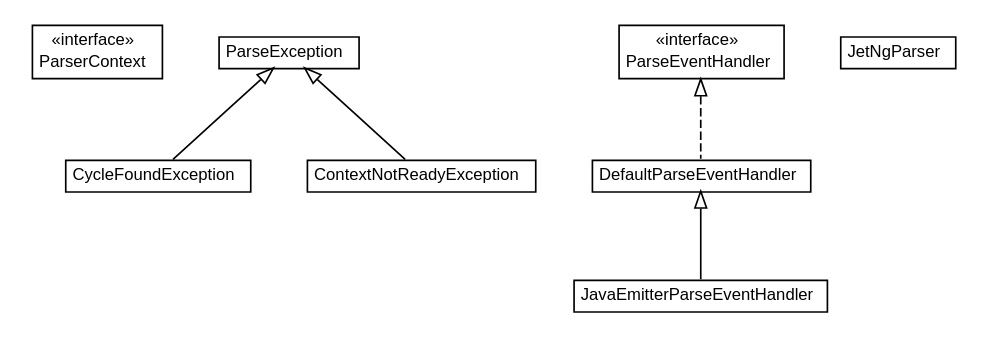
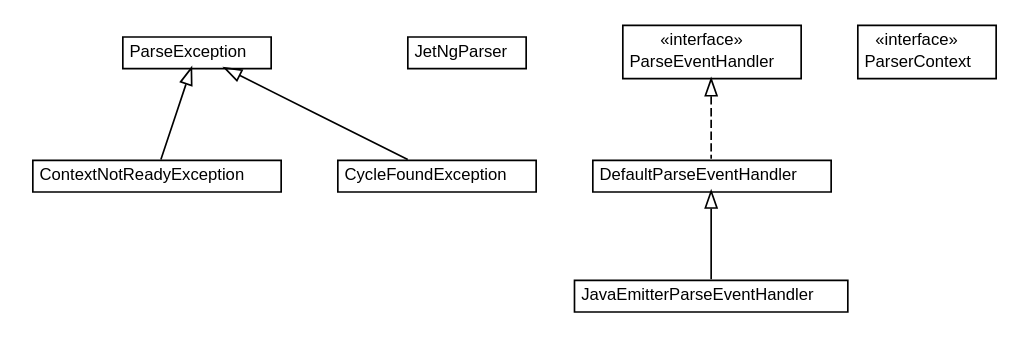
One commit to trajano/jetng changed the diagram in apidocs/net/trajano/jetng/net.trajano.jetng.dot. Above: the diagram before and after it, drawn with Graphviz. The commit also changed 229 other files, not shown here.

```diff
--- a/apidocs/net/trajano/jetng/net.trajano.jetng.dot
+++ b/apidocs/net/trajano/jetng/net.trajano.jetng.dot
@@ -1,70 +1,70 @@
 #!/usr/local/bin/dot
 #
 # Class diagram 
 # Generated by UMLGraph version R5_6-24-gf6e263 (http://www.umlgraph.org/)
 #
 
 digraph G {
-	edge [fontname="arial",fontsize=10,labelfontname="arial",labelfontsize=10];
-	node [fontname="arial",fontsize=10,shape=plaintext];
+	edge [fontname="Helvetica",fontsize=10,labelfontname="Helvetica",labelfontsize=10];
+	node [fontname="Helvetica",fontsize=10,shape=plaintext];
 	nodesep=0.25;
 	ranksep=0.5;
-	// net.trajano.jetng.ParserContext
-	c0 [label=<<table title="net.trajano.jetng.ParserContext" border="0" cellborder="1" cellspacing="0" cellpadding="2" port="p" href="./ParserContext.html">
+	// net.trajano.jetng.ContextNotReadyException
+	c0 [label=<<table title="net.trajano.jetng.ContextNotReadyException" border="0" cellborder="1" cellspacing="0" cellpadding="2" port="p" href="./ContextNotReadyException.html">
 		<tr><td><table border="0" cellspacing="0" cellpadding="1">
-<tr><td align="center" balign="center"> &#171;interface&#187; </td></tr>
-<tr><td align="center" balign="center"> ParserContext </td></tr>
+<tr><td align="center" balign="center"> ContextNotReadyException </td></tr>
 		</table></td></tr>
-		</table>>, URL="./ParserContext.html", fontname="arial", fontcolor="black", fontsize=10.0];
-	// net.trajano.jetng.ParseException
-	c1 [label=<<table title="net.trajano.jetng.ParseException" border="0" cellborder="1" cellspacing="0" cellpadding="2" port="p" href="./ParseException.html">
+		</table>>, URL="./ContextNotReadyException.html", fontname="Helvetica", fontcolor="black", fontsize=10.0];
+	// net.trajano.jetng.JetNgParser
+	c1 [label=<<table title="net.trajano.jetng.JetNgParser" border="0" cellborder="1" cellspacing="0" cellpadding="2" port="p" href="./JetNgParser.html">
 		<tr><td><table border="0" cellspacing="0" cellpadding="1">
-<tr><td align="center" balign="center"> ParseException </td></tr>
+<tr><td align="center" balign="center"> JetNgParser </td></tr>
 		</table></td></tr>
-		</table>>, URL="./ParseException.html", fontname="arial", fontcolor="black", fontsize=10.0];
+		</table>>, URL="./JetNgParser.html", fontname="Helvetica", fontcolor="black", fontsize=10.0];
 	// net.trajano.jetng.ParseEventHandler
 	c2 [label=<<table title="net.trajano.jetng.ParseEventHandler" border="0" cellborder="1" cellspacing="0" cellpadding="2" port="p" href="./ParseEventHandler.html">
 		<tr><td><table border="0" cellspacing="0" cellpadding="1">
 <tr><td align="center" balign="center"> &#171;interface&#187; </td></tr>
 <tr><td align="center" balign="center"> ParseEventHandler </td></tr>
 		</table></td></tr>
-		</table>>, URL="./ParseEventHandler.html", fontname="arial", fontcolor="black", fontsize=10.0];
-	// net.trajano.jetng.JetNgParser
-	c3 [label=<<table title="net.trajano.jetng.JetNgParser" border="0" cellborder="1" cellspacing="0" cellpadding="2" port="p" href="./JetNgParser.html">
-		<tr><td><table border="0" cellspacing="0" cellpadding="1">
-<tr><td align="center" balign="center"> JetNgParser </td></tr>
-		</table></td></tr>
-		</table>>, URL="./JetNgParser.html", fontname="arial", fontcolor="black", fontsize=10.0];
+		</table>>, URL="./ParseEventHandler.html", fontname="Helvetica", fontcolor="black", fontsize=10.0];
 	// net.trajano.jetng.JavaEmitterParseEventHandler
-	c4 [label=<<table title="net.trajano.jetng.JavaEmitterParseEventHandler" border="0" cellborder="1" cellspacing="0" cellpadding="2" port="p" href="./JavaEmitterParseEventHandler.html">
+	c3 [label=<<table title="net.trajano.jetng.JavaEmitterParseEventHandler" border="0" cellborder="1" cellspacing="0" cellpadding="2" port="p" href="./JavaEmitterParseEventHandler.html">
 		<tr><td><table border="0" cellspacing="0" cellpadding="1">
 <tr><td align="center" balign="center"> JavaEmitterParseEventHandler </td></tr>
 		</table></td></tr>
-		</table>>, URL="./JavaEmitterParseEventHandler.html", fontname="arial", fontcolor="black", fontsize=10.0];
+		</table>>, URL="./JavaEmitterParseEventHandler.html", fontname="Helvetica", fontcolor="black", fontsize=10.0];
+	// net.trajano.jetng.ParseException
+	c4 [label=<<table title="net.trajano.jetng.ParseException" border="0" cellborder="1" cellspacing="0" cellpadding="2" port="p" href="./ParseException.html">
+		<tr><td><table border="0" cellspacing="0" cellpadding="1">
+<tr><td align="center" balign="center"> ParseException </td></tr>
+		</table></td></tr>
+		</table>>, URL="./ParseException.html", fontname="Helvetica", fontcolor="black", fontsize=10.0];
 	// net.trajano.jetng.DefaultParseEventHandler
 	c5 [label=<<table title="net.trajano.jetng.DefaultParseEventHandler" border="0" cellborder="1" cellspacing="0" cellpadding="2" port="p" href="./DefaultParseEventHandler.html">
 		<tr><td><table border="0" cellspacing="0" cellpadding="1">
 <tr><td align="center" balign="center"> DefaultParseEventHandler </td></tr>
 		</table></td></tr>
-		</table>>, URL="./DefaultParseEventHandler.html", fontname="arial", fontcolor="black", fontsize=10.0];
+		</table>>, URL="./DefaultParseEventHandler.html", fontname="Helvetica", fontcolor="black", fontsize=10.0];
 	// net.trajano.jetng.CycleFoundException
 	c6 [label=<<table title="net.trajano.jetng.CycleFoundException" border="0" cellborder="1" cellspacing="0" cellpadding="2" port="p" href="./CycleFoundException.html">
 		<tr><td><table border="0" cellspacing="0" cellpadding="1">
 <tr><td align="center" balign="center"> CycleFoundException </td></tr>
 		</table></td></tr>
-		</table>>, URL="./CycleFoundException.html", fontname="arial", fontcolor="black", fontsize=10.0];
-	// net.trajano.jetng.ContextNotReadyException
-	c7 [label=<<table title="net.trajano.jetng.ContextNotReadyException" border="0" cellborder="1" cellspacing="0" cellpadding="2" port="p" href="./ContextNotReadyException.html">
+		</table>>, URL="./CycleFoundException.html", fontname="Helvetica", fontcolor="black", fontsize=10.0];
+	// net.trajano.jetng.ParserContext
+	c7 [label=<<table title="net.trajano.jetng.ParserContext" border="0" cellborder="1" cellspacing="0" cellpadding="2" port="p" href="./ParserContext.html">
 		<tr><td><table border="0" cellspacing="0" cellpadding="1">
-<tr><td align="center" balign="center"> ContextNotReadyException </td></tr>
+<tr><td align="center" balign="center"> &#171;interface&#187; </td></tr>
+<tr><td align="center" balign="center"> ParserContext </td></tr>
 		</table></td></tr>
-		</table>>, URL="./ContextNotReadyException.html", fontname="arial", fontcolor="black", fontsize=10.0];
+		</table>>, URL="./ParserContext.html", fontname="Helvetica", fontcolor="black", fontsize=10.0];
+	//net.trajano.jetng.ContextNotReadyException extends net.trajano.jetng.ParseException
+	c4:p -> c0:p [dir=back,arrowtail=empty];
 	//net.trajano.jetng.JavaEmitterParseEventHandler extends net.trajano.jetng.DefaultParseEventHandler
-	c5:p -> c4:p [dir=back,arrowtail=empty];
+	c5:p -> c3:p [dir=back,arrowtail=empty];
 	//net.trajano.jetng.DefaultParseEventHandler implements net.trajano.jetng.ParseEventHandler
 	c2:p -> c5:p [dir=back,arrowtail=empty,style=dashed];
 	//net.trajano.jetng.CycleFoundException extends net.trajano.jetng.ParseException
-	c1:p -> c6:p [dir=back,arrowtail=empty];
-	//net.trajano.jetng.ContextNotReadyException extends net.trajano.jetng.ParseException
-	c1:p -> c7:p [dir=back,arrowtail=empty];
+	c4:p -> c6:p [dir=back,arrowtail=empty];
 }
```
